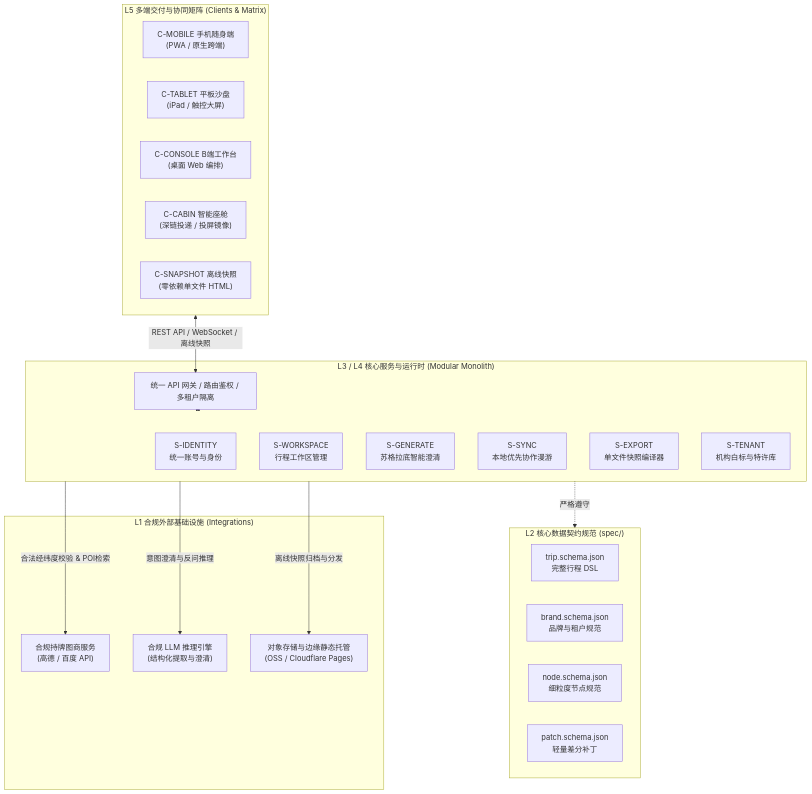
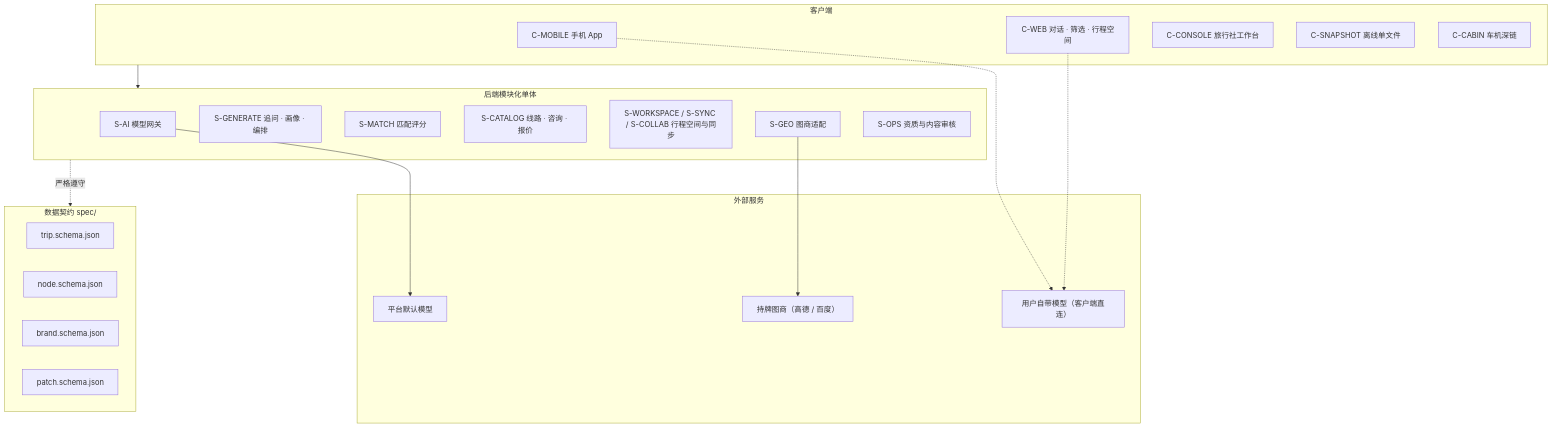
Before and after one commit to JohnMaxwell0123/TripCraft: the second of 3 diagrams in README.md, drawn with Mermaid. The commit also changed other lines of this file and 55 other files, not shown here.

````diff
--- a/README.md
+++ b/README.md
@@ -301,40 +124,39 @@
 ```mermaid
 flowchart TB
-    subgraph L5["L5 多端交付与协同矩阵 (Clients & Matrix)"]
-        MOB["C-MOBILE 手机随身端<br/>(PWA / 原生跨端)"]
-        TAB["C-TABLET 平板沙盘<br/>(iPad / 触控大屏)"]
-        CON["C-CONSOLE B端工作台<br/>(桌面 Web 编排)"]
-        CAB["C-CABIN 智能座舱<br/>(深链投递 / 投屏镜像)"]
-        SNAP["C-SNAPSHOT 离线快照<br/>(零依赖单文件 HTML)"]
+    subgraph CLIENTS["客户端"]
+        MOB["C-MOBILE 手机 App"]
+        WEB["C-WEB 对话 · 筛选 · 行程空间"]
+        CON["C-CONSOLE 旅行社工作台"]
+        SNAP["C-SNAPSHOT 离线单文件"]
+        CAB["C-CABIN 车机深链"]
     end
 
-    subgraph L3_L4["L3 / L4 核心服务与运行时 (Modular Monolith)"]
-        GW["统一 API 网关 / 路由鉴权 / 多租户隔离"]
-        S_ID["S-IDENTITY<br/>统一账号与身份"]
-        S_WS["S-WORKSPACE<br/>行程工作区管理"]
-        S_GEN["S-GENERATE<br/>苏格拉底智能澄清"]
-        S_SYNC["S-SYNC<br/>本地优先协作漫游"]
-        S_EXP["S-EXPORT<br/>单文件快照编译器"]
-        S_TEN["S-TENANT<br/>机构白标与特许库"]
+    subgraph CORE["后端模块化单体"]
+        S_AI["S-AI 模型网关"]
+        S_GEN["S-GENERATE 追问 · 画像 · 编排"]
+        S_MATCH["S-MATCH 匹配评分"]
+        S_CAT["S-CATALOG 线路 · 咨询 · 报价"]
+        S_WS["S-WORKSPACE / S-SYNC / S-COLLAB 行程空间与同步"]
+        S_GEO["S-GEO 图商适配"]
+        S_OPS["S-OPS 资质与内容审核"]
     end
 
-    subgraph L2["L2 核心数据契约规范 (spec/)"]
-        SCHEMA_T["trip.schema.json<br/>完整行程 DSL"]
-        SCHEMA_B["brand.schema.json<br/>品牌与租户规范"]
-        SCHEMA_N["node.schema.json<br/>细粒度节点规范"]
-        SCHEMA_P["patch.schema.json<br/>轻量差分补丁"]
+    subgraph SPEC["数据契约 spec/"]
+        TRIP["trip.schema.json"]
+        NODE["node.schema.json"]
+        BRAND["brand.schema.json"]
+        PATCH["patch.schema.json"]
     end
 
-    subgraph L1["L1 合规外部基础设施 (Integrations)"]
-        MAP_EXT["合规持牌图商服务<br/>(高德 / 百度 API)"]
-        AI_EXT["合规 LLM 推理引擎<br/>(结构化提取与澄清)"]
-        CDN_EXT["对象存储与边缘静态托管<br/>(OSS / Cloudflare Pages)"]
+    subgraph EXT["外部服务"]
+        MAP["持牌图商（高德 / 百度）"]
+        LLM["平台默认模型"]
+        BYOK["用户自带模型（客户端直连）"]
     end
 
-    L5 <-->|REST API / WebSocket / 离线快照| GW
-    GW <--> L3_L4
-    L3_L4 -.->|严格遵守| L2
-    L3_L4 -->|合法经纬度校验 & POI检索| MAP_EXT
-    L3_L4 -->|意图澄清与反问推理| AI_EXT
-    L3_L4 -->|离线快照归档与分发| CDN_EXT
+    CLIENTS --> CORE
+    CORE -.->|严格遵守| SPEC
+    S_GEO --> MAP
+    S_AI --> LLM
+    MOB & WEB -.-> BYOK
 ```
````
